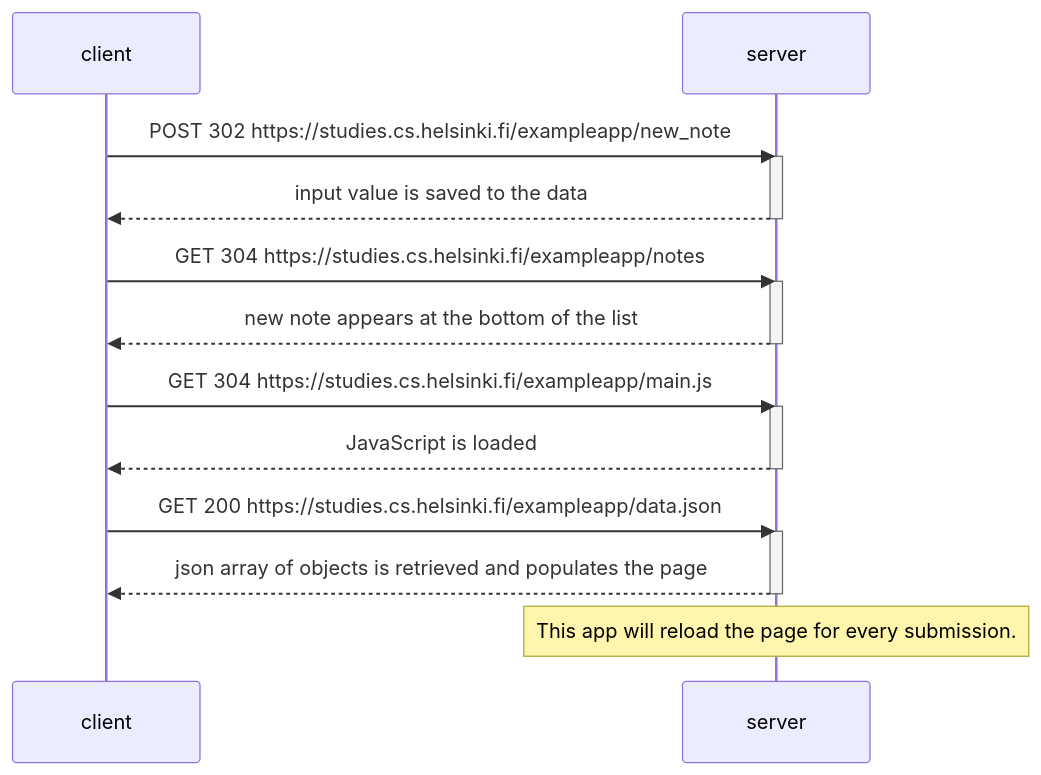
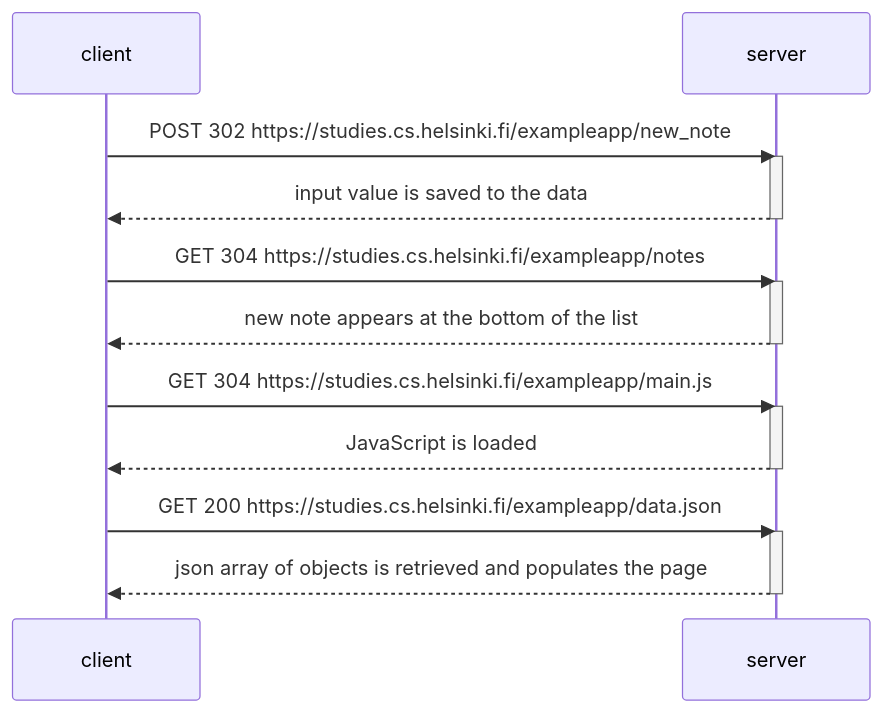
The first of 3 diagrams in README.md (theDapperFoxtrot/fullstackopen-part0-exercises), drawn with Mermaid before and after one commit. The commit also changed other lines of this file, not shown here.

````diff
--- a/README.md
+++ b/README.md
@@ -8,29 +8,28 @@
 ```mermaid
 sequenceDiagram
     participant client
     participant server
     
     
     client->>server: POST 302 https://studies.cs.helsinki.fi/exampleapp/new_note
     activate server
     server-->>client: input value is saved to the data
     deactivate server
     
     
     client->>server: GET 304 https://studies.cs.helsinki.fi/exampleapp/notes
     activate server
     server-->>client: new note appears at the bottom of the list
     deactivate server
     
     
     client->>server: GET 304 https://studies.cs.helsinki.fi/exampleapp/main.js
     activate server
     server-->>client: JavaScript is loaded
     deactivate server
     
     client->>server: GET 200 https://studies.cs.helsinki.fi/exampleapp/data.json
     activate server
     server-->>client: json array of objects is retrieved and populates the page
     deactivate server
-    Note over server: This app will reload the page for every submission.
 ```
````
